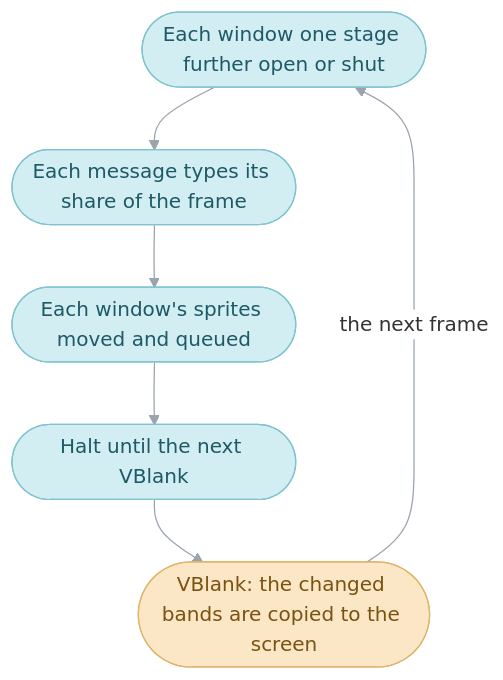
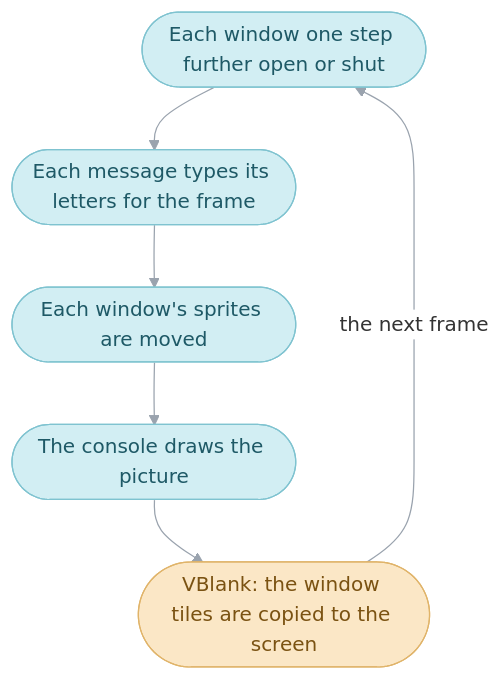
The first of 4 diagrams in games/tbs/src/window/README.md (PascalPixel/alchemy), drawn with Mermaid before and after one commit. The commit also changed other lines of this file, not shown here.

First line of the commit message:
☀️ Docs: the window guide rewritten from the source, for a fan to follow

````diff
--- a/games/tbs/src/window/README.md
+++ b/games/tbs/src/window/README.md
@@ -101,13 +118,13 @@
 ```mermaid
 %%{init: {"theme": "base", "themeVariables": {"lineColor": "#9AA3AE", "edgeLabelBackground": "#FFFFFF"}, "flowchart": {"curve": "basis", "padding": 12}}}%%
 flowchart TD
-  zoom(["Each window one stage further open or shut"]) --> type(["Each message types its share of the frame"])
-  type --> sprites(["Each window's sprites moved and queued"])
-  sprites --> halt(["Halt until the next VBlank"])
-  halt --> upload(["VBlank: the changed bands are copied to the screen"])
+  zoom(["Each window one step further open or shut"]) --> type(["Each message types its letters for the frame"])
+  type --> sprites(["Each window's sprites are moved"])
+  sprites --> halt(["The console draws the picture"])
+  halt --> upload(["VBlank: the window tiles are copied to the screen"])
   upload -- "the next frame" --> zoom
   classDef frame fill:#D2EEF3,stroke:#7FC3D0,color:#1E5966
   classDef hardware fill:#FBE7C6,stroke:#E0B46A,color:#7A5212
   class zoom,type,sprites,halt frame
   class upload hardware
 ```
````
